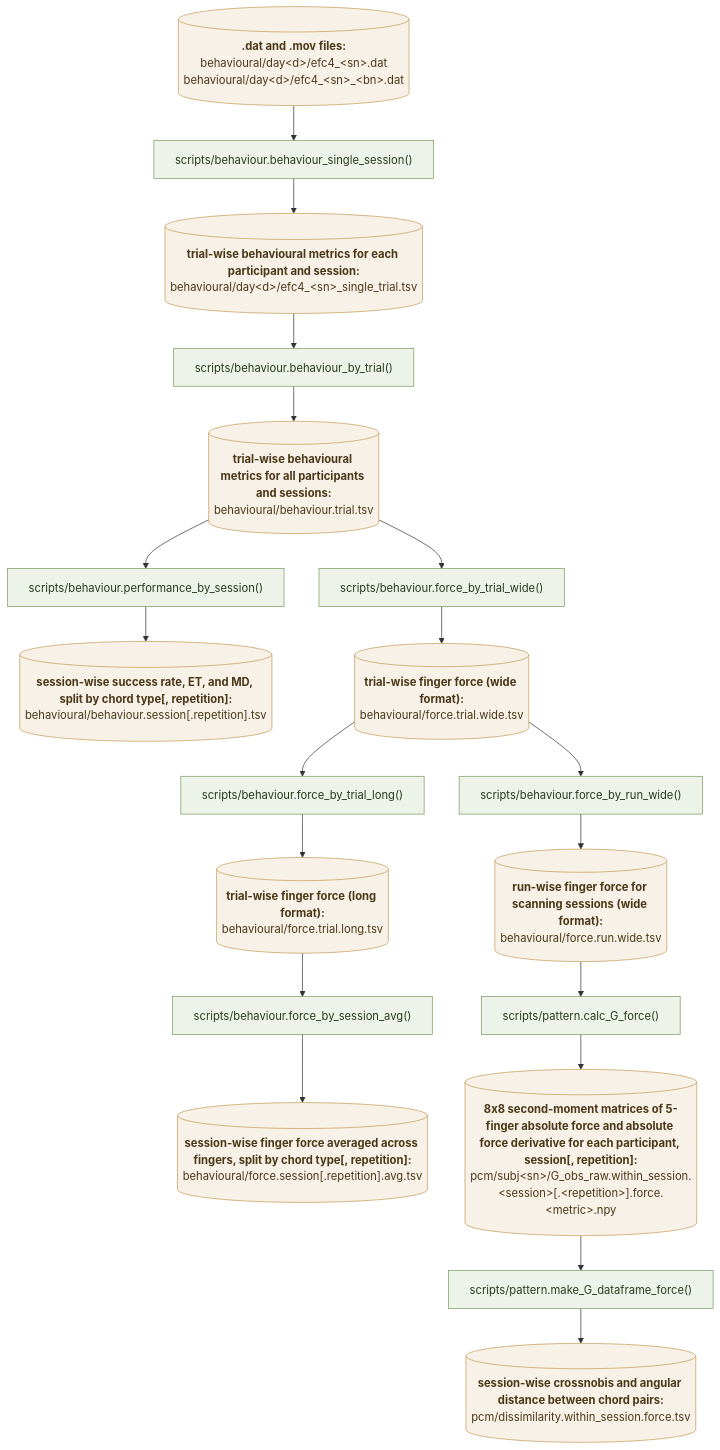
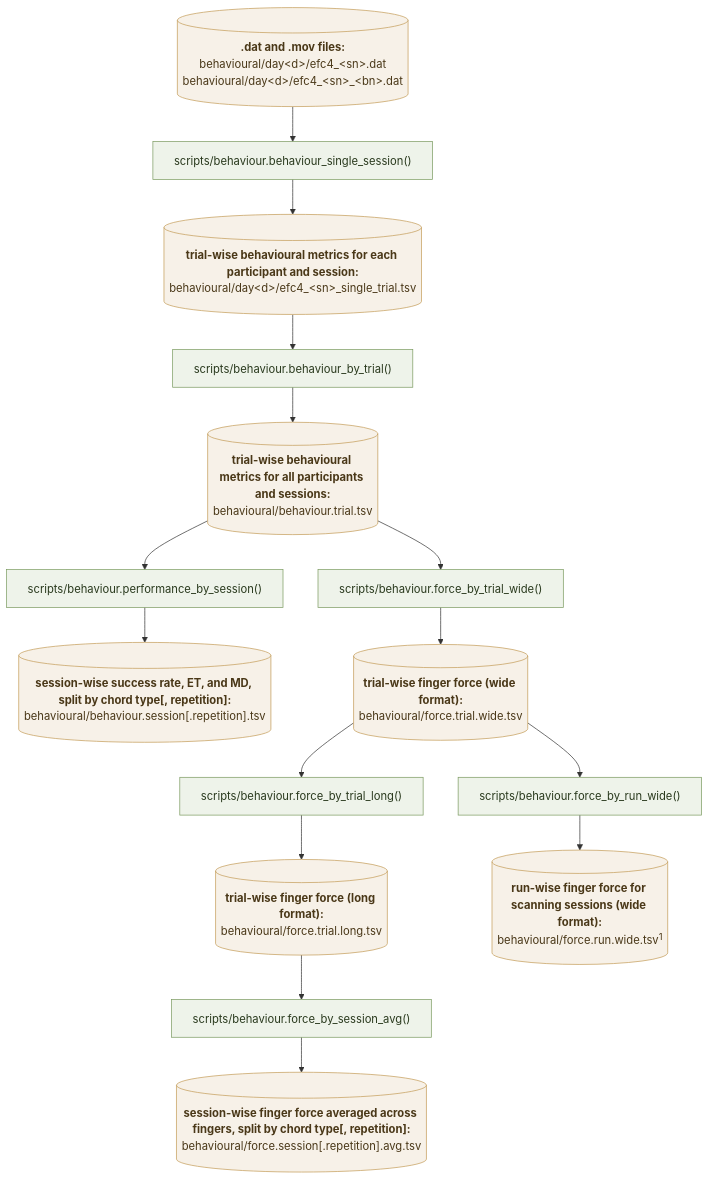
One commit to mnlmrc/extension-flexion-chords changed the first of 3 diagrams in README.md. Above: the diagram before and after it, drawn with Mermaid. The commit also changed other lines of this file and 5 other files, not shown here.

````diff
--- a/README.md
+++ b/README.md
@@ -18,59 +19,59 @@
 ```mermaid
 flowchart TD
     %% ---------- single trial ----------
     RAW_BEHAV[("<b>.dat and .mov files:</b><br/>behavioural/day&lt;d&gt;/efc4_&lt;sn&gt;.dat<br/>behavioural/day&lt;d&gt;/efc4_&lt;sn&gt;_&lt;bn&gt;.dat")]:::data
     ST["scripts/behaviour.behaviour_single_session()"]:::code
     STTSV[("<b>trial-wise behavioural metrics for each participant and session:</b><br/>behavioural/day&lt;d&gt;/efc4_&lt;sn&gt;_single_trial.tsv")]:::data
 
     RAW_BEHAV --> ST
     ST --> STTSV
 
     %% ---------- summary ----------
     F_TRIAL["scripts/behaviour.behaviour_by_trial()"]:::code
     F_SESS["scripts/behaviour.performance_by_session()"]:::code
     F_FWIDE["scripts/behaviour.force_by_trial_wide()"]:::code
     F_FRUN["scripts/behaviour.force_by_run_wide()"]:::code
     F_FLONG["scripts/behaviour.force_by_trial_long()"]:::code
     F_FSESS["scripts/behaviour.force_by_session_avg()"]:::code
 
     TRIAL[("<b>trial-wise behavioural metrics for all participants and sessions:</b><br/>behavioural/behaviour.trial.tsv")]:::data
     
     PERF_REP[("<b>session-wise success rate, ET, and MD, split by chord type[, repetition]:</b><br/>behavioural/behaviour.session[.repetition].tsv")]:::data
     
     FWIDE[("<b>trial-wise finger force (wide format):</b><br/>behavioural/force.trial.wide.tsv")]:::data
     FLONG[("<b>trial-wise finger force (long format):</b><br/>behavioural/force.trial.long.tsv")]:::data
     FSESS_REP[("<b>session-wise finger force averaged across fingers, split by chord type[, repetition]:</b><br/>behavioural/force.session[.repetition].avg.tsv")]:::data
-    FFMRI[("<b>run-wise finger force for scanning sessions (wide format):</b><br/>behavioural/force.run.wide.tsv")]:::data
+    FFMRI[("<b>run-wise finger force for scanning sessions (wide format):</b><br/>behavioural/force.run.wide.tsv<sup>1</sup>")]:::data
 
     %% ---------- force pattern analysis ----------
-    P_GFORCE["scripts/pattern.calc_G_force()"]:::code
-    P_DFFORCE["scripts/pattern.make_G_dataframe_force()"]:::code
+    %%P_GFORCE["scripts/pattern.calc_G_force()"]:::code
+    %%P_DFFORCE["scripts/pattern.make_G_dataframe_force()"]:::code
 
-    GFORCE[("<b>8x8 second-moment matrices of 5-finger absolute force and absolute force derivative for each participant, session[, repetition]:</b><br/>pcm/subj&lt;sn&gt;/G_obs_raw.within_session.&lt;session&gt;[.&lt;repetition&gt;].force.&lt;metric&gt;.npy")]:::data
-    DFFORCE[("<b>session-wise crossnobis and angular distance between chord pairs:</b><br/>pcm/dissimilarity.within_session.force.tsv")]:::data
+    %%GFORCE[("<b>8x8 second-moment matrices of 5-finger absolute force and absolute force derivative for each participant, session[, repetition]:</b><br/>pcm/subj&lt;sn&gt;/G_obs_raw.within_session.&lt;session&gt;[.&lt;repetition&gt;].force.&lt;metric&gt;.npy")]:::data
+    %%DFFORCE[("<b>session-wise crossnobis and angular distance between chord pairs:</b><br/>pcm/dissimilarity.within_session.force.tsv")]:::data
 
     %% performance
     STTSV --> F_TRIAL
     F_TRIAL --> TRIAL
     TRIAL --> F_SESS
     F_SESS --> PERF_REP
 
     %% force
     TRIAL --> F_FWIDE
     F_FWIDE --> FWIDE
     FWIDE --> F_FRUN
     F_FRUN --> FFMRI
     FWIDE --> F_FLONG
     F_FLONG --> FLONG
     FLONG --> F_FSESS
     F_FSESS --> FSESS_REP
 
     %% force pattern analysis
-    FFMRI --> P_GFORCE
-    P_GFORCE --> GFORCE
-    GFORCE --> P_DFFORCE
-    P_DFFORCE --> DFFORCE
+    %%FFMRI --> P_GFORCE
+    %%P_GFORCE --> GFORCE
+    %%GFORCE --> P_DFFORCE
+    %%P_DFFORCE --> DFFORCE
 
     classDef code  fill:#eef3ea,stroke:#7a9a5f,color:#2a3a1e;
     classDef data  fill:#f7f1e8,stroke:#c39b56,color:#4a3818;
 ```
````
